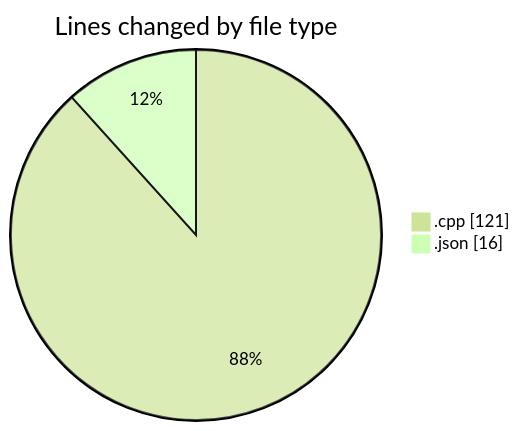
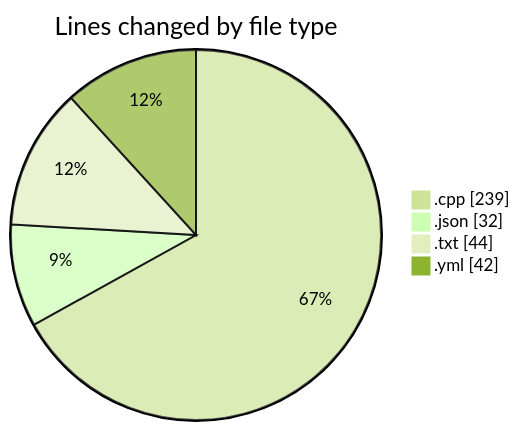
One commit to Netris89/code-tracking changed the first of 2 diagrams in 2025-04-19/echo/README.md. Above: the diagram before and after it, drawn with Mermaid (forest theme). The commit also changed other lines of this file and 1 other file, not shown here.

````diff
--- a/2025-04-19/echo/README.md
+++ b/2025-04-19/echo/README.md
@@ -21,6 +23,8 @@
 ```mermaid
 pie showData
 title Lines changed by file type
-".cpp" : 121
-".json" : 16
+".cpp" : 239
+".json" : 32
+".txt" : 44
+".yml" : 42
 ```
````
